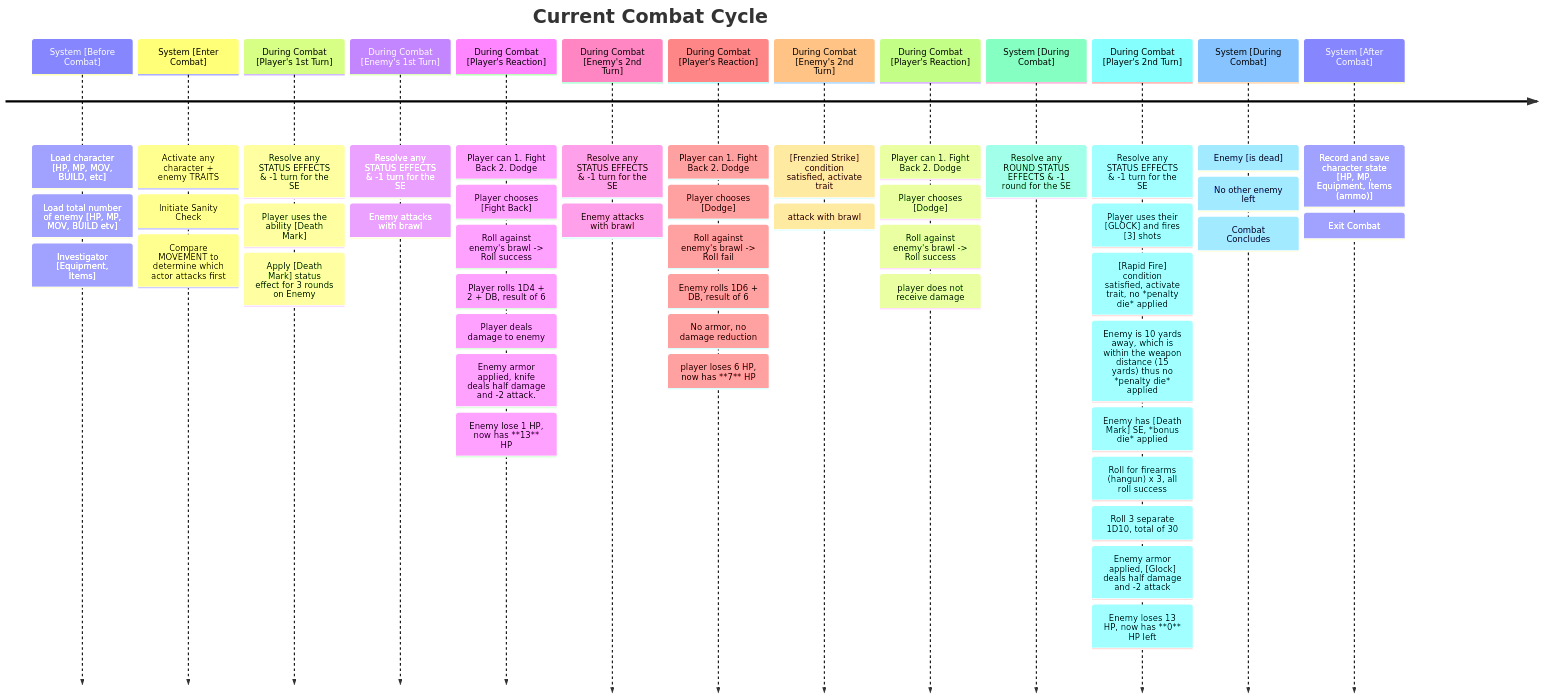
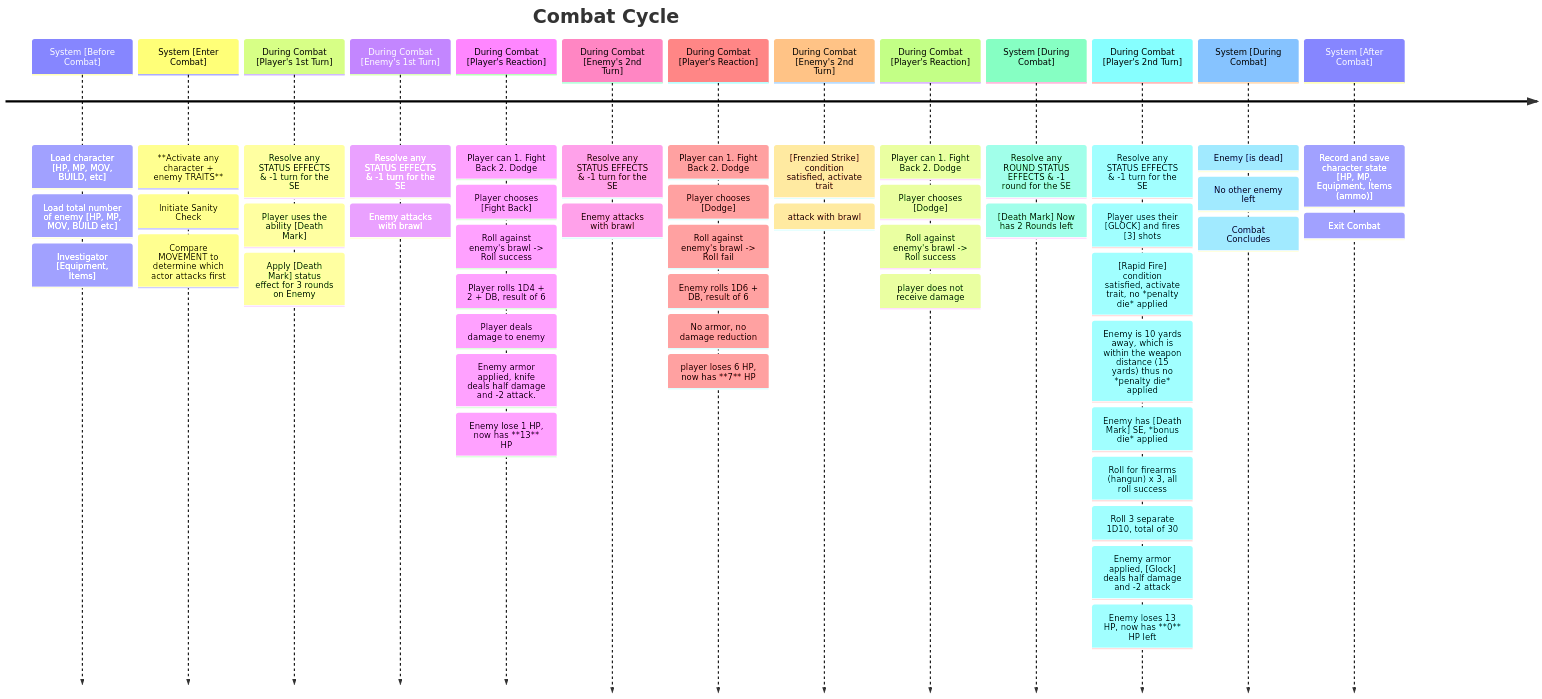
The first of 3 diagrams in data_structure/README.md (rolling-sagas/rs-doc), drawn with Mermaid before and after one commit. The commit also changed other lines of this file and 1 other file, not shown here.

Commit message:
added explanation, description, and expanded on the meaning and purpose of the graph

````diff
--- a/data_structure/README.md
+++ b/data_structure/README.md
@@ -41,65 +41,66 @@
 ```mermaid
     timeline
-    title Current Combat Cycle
+    title Combat Cycle
 
     System [Before Combat]
                                         : Load character [HP, MP, MOV, BUILD, etc]
-                                        : Load total number of enemy [HP, MP, MOV, BUILD etv]
+                                        : Load total number of enemy [HP, MP, MOV, BUILD etc]
                                         : Investigator [Equipment, Items]
     System [Enter Combat]
-                                        : Activate any character + enemy TRAITS
+                                        : **Activate any character + enemy TRAITS**
                                         : Initiate Sanity Check
                                         : Compare MOVEMENT to determine which actor attacks first
     During Combat [Player's 1st Turn]
                                         : Resolve any STATUS EFFECTS & -1 turn for the SE
                                         : Player uses the ability [Death Mark]
                                         : Apply [Death Mark] status effect for 3 rounds on Enemy
     During Combat [Enemy's 1st Turn]
                                         : Resolve any STATUS EFFECTS & -1 turn for the SE
                                         : Enemy attacks with brawl
     During Combat [Player's Reaction]
                                         : Player can 1. Fight Back 2. Dodge
                                         : Player chooses [Fight Back]
                                         : Roll against enemy's brawl -> Roll success
                                         : Player rolls 1D4 + 2 + DB, result of 6
                                         : Player deals damage to enemy
                                         : Enemy armor applied, knife deals half damage and -2 attack.
                                         : Enemy lose 1 HP, now has **13** HP
     During Combat [Enemy's 2nd Turn]
                                         : Resolve any STATUS EFFECTS & -1 turn for the SE
                                         : Enemy attacks with brawl
     During Combat [Player's Reaction]
                                         : Player can 1. Fight Back 2. Dodge
                                         : Player chooses [Dodge]
                                         : Roll against enemy's brawl -> Roll fail
                                         : Enemy rolls 1D6 + DB, result of 6
                                         : No armor, no damage reduction
                                         : player loses 6 HP, now has **7** HP 
     During Combat [Enemy's 2nd Turn]
                                         : [Frenzied Strike] condition satisfied, activate trait
                                         : attack with brawl
     During Combat [Player's Reaction]
                                         : Player can 1. Fight Back 2. Dodge
                                         : Player chooses [Dodge]
                                         : Roll against enemy's brawl -> Roll success
                                         : player does not receive damage
     System [During Combat]
                                         : Resolve any ROUND STATUS EFFECTS & -1 round for the SE
+                                        : [Death Mark] Now has 2 Rounds left
     During Combat [Player's 2nd Turn]
                                         : Resolve any STATUS EFFECTS & -1 turn for the SE
                                         : Player uses their [GLOCK] and fires [3] shots
                                         : [Rapid Fire] condition satisfied, activate trait, no *penalty die* applied
                                         : Enemy is 10 yards away, which is within the weapon distance (15 yards) thus no *penalty die* applied
                                         : Enemy has [Death Mark] SE, *bonus die* applied
                                         : Roll for firearms (hangun) x 3, all roll success
                                         : Roll 3 separate 1D10, total of 30
                                         : Enemy armor applied, [Glock] deals half damage and -2 attack
                                         : Enemy loses 13 HP, now has **0** HP left
     System [During Combat]
                                         : Enemy [is dead]
                                         : No other enemy left
                                         : Combat Concludes
     System [After Combat]
                                         : Record and save character state [HP, MP, Equipment, Items (ammo)]
                                         : Exit Combat
 ```
````
